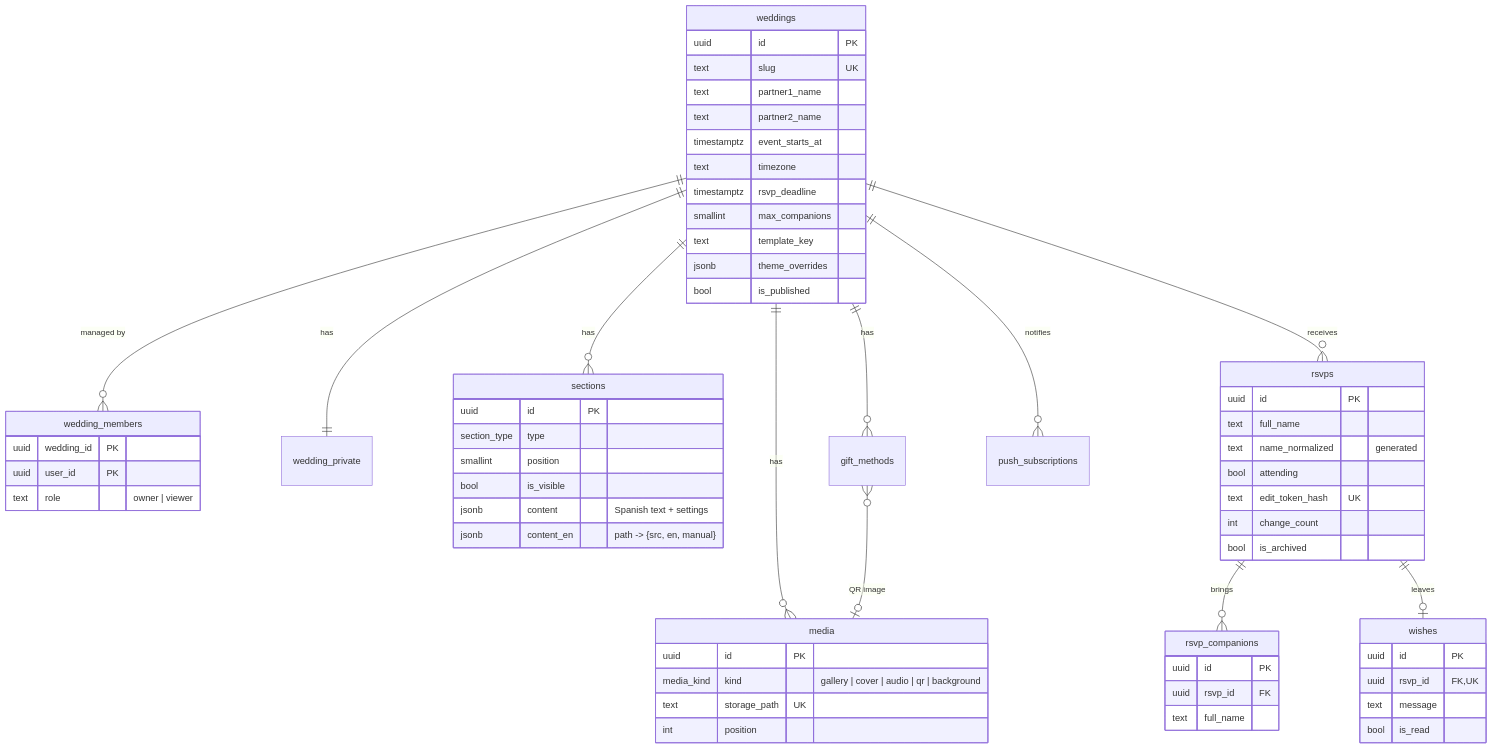
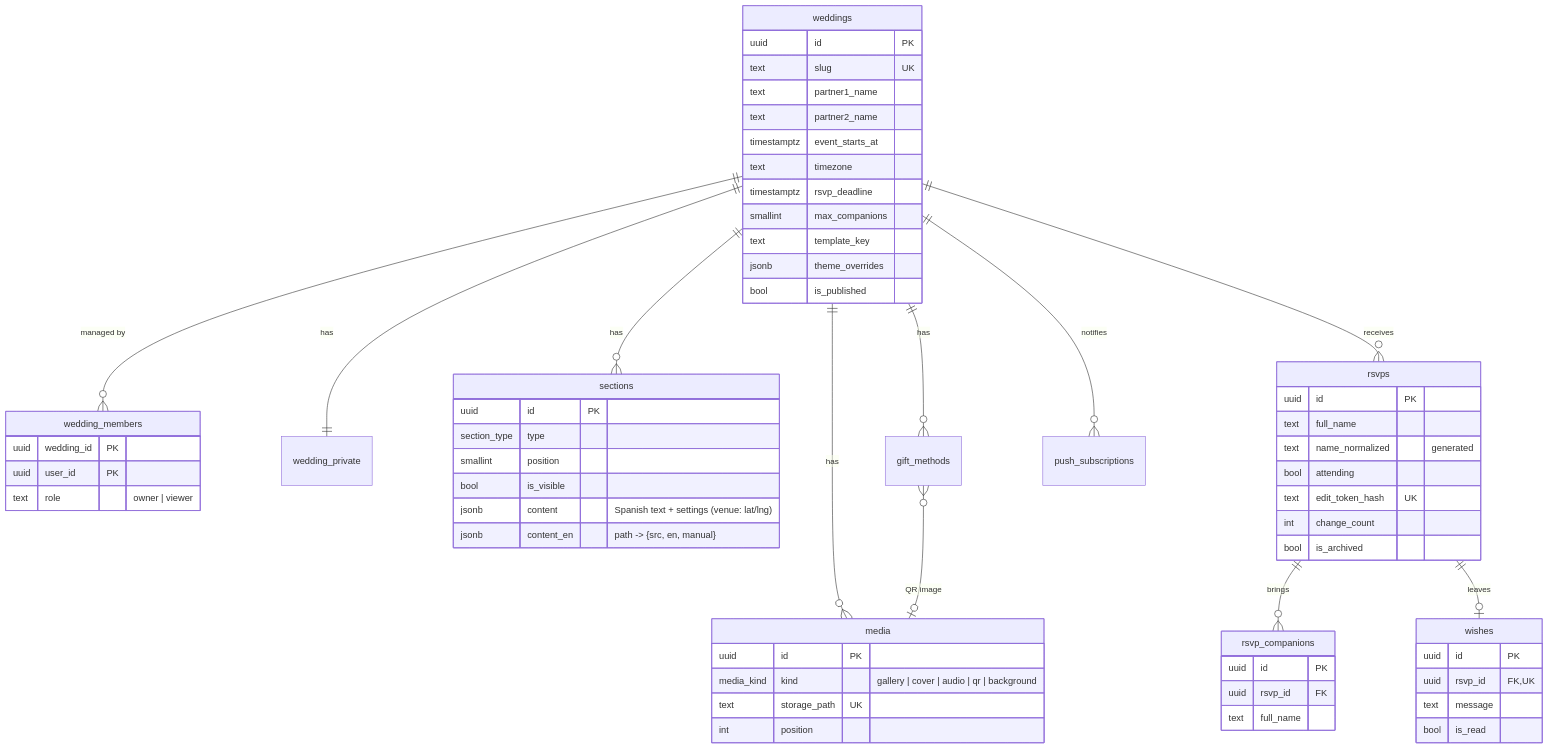
One commit to Daniiel18/plataforma-bodas changed the diagram in docs/database.md. Above: the diagram before and after it, drawn with Mermaid. The commit also changed other lines of this file and 7 other files, not shown here.

First line of the commit message:
docs: operations guide, roadmap and recommended Vercel and Supabase settings

````diff
--- a/docs/database.md
+++ b/docs/database.md
@@ -5,66 +5,66 @@
 ```mermaid
 erDiagram
   weddings ||--o{ wedding_members : "managed by"
   weddings ||--|| wedding_private : has
   weddings ||--o{ sections : has
   weddings ||--o{ media : has
   weddings ||--o{ gift_methods : has
   weddings ||--o{ rsvps : receives
   weddings ||--o{ push_subscriptions : notifies
   rsvps ||--o{ rsvp_companions : brings
   rsvps ||--o| wishes : leaves
   gift_methods }o--o| media : "QR image"
 
   weddings {
     uuid id PK
     text slug UK
     text partner1_name
     text partner2_name
     timestamptz event_starts_at
     text timezone
     timestamptz rsvp_deadline
     smallint max_companions
     text template_key
     jsonb theme_overrides
     bool is_published
   }
   wedding_members {
     uuid wedding_id PK
     uuid user_id PK
     text role "owner | viewer"
   }
   sections {
     uuid id PK
     section_type type
     smallint position
     bool is_visible
-    jsonb content "Spanish text + settings"
+    jsonb content "Spanish text + settings (venue: lat/lng)"
     jsonb content_en "path -> {src, en, manual}"
   }
   media {
     uuid id PK
     media_kind kind "gallery | cover | audio | qr | background"
     text storage_path UK
     int position
   }
   rsvps {
     uuid id PK
     text full_name
     text name_normalized "generated"
     bool attending
     text edit_token_hash UK
     int change_count
     bool is_archived
   }
   rsvp_companions {
     uuid id PK
     uuid rsvp_id FK
     text full_name
   }
   wishes {
     uuid id PK
     uuid rsvp_id FK,UK
     text message
     bool is_read
   }
 ```
````
